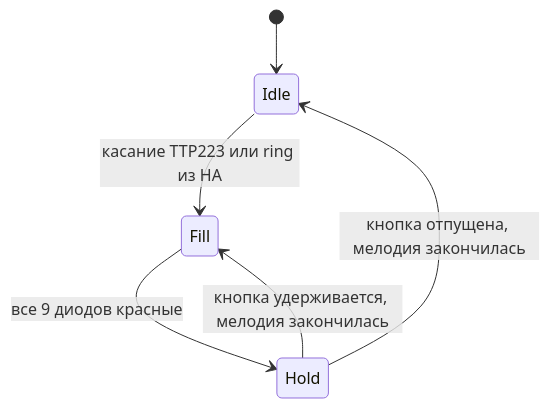
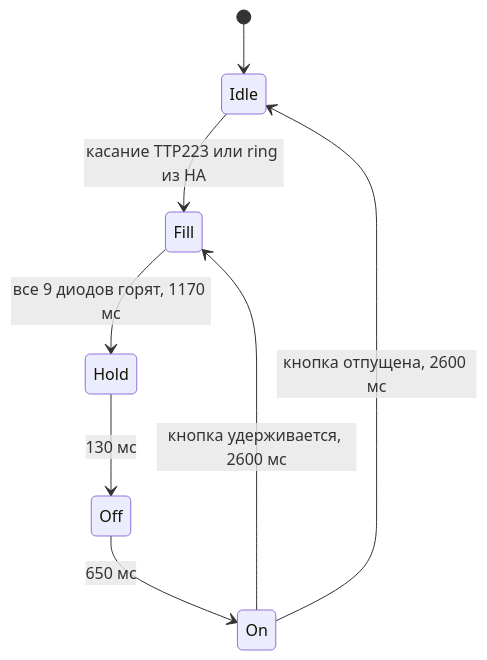
One commit to AntennaNaStolbe/SmartDoorBell changed the diagram in README.md. Above: the diagram before and after it, drawn with Mermaid. The commit also changed other lines of this file and 7 other files, not shown here.

````diff
--- a/README.md
+++ b/README.md
@@ -88,8 +88,10 @@
 ```mermaid
 stateDiagram-v2
     [*] --> Idle
     Idle --> Fill: касание TTP223 или ring из HA
-    Fill --> Hold: все 9 диодов красные
-    Hold --> Fill: кнопка удерживается, мелодия закончилась
-    Hold --> Idle: кнопка отпущена, мелодия закончилась
+    Fill --> Hold: все 9 диодов горят, 1170 мс
+    Hold --> Off: 130 мс
+    Off --> On: 650 мс
+    On --> Fill: кнопка удерживается, 2600 мс
+    On --> Idle: кнопка отпущена, 2600 мс
 ```
````
